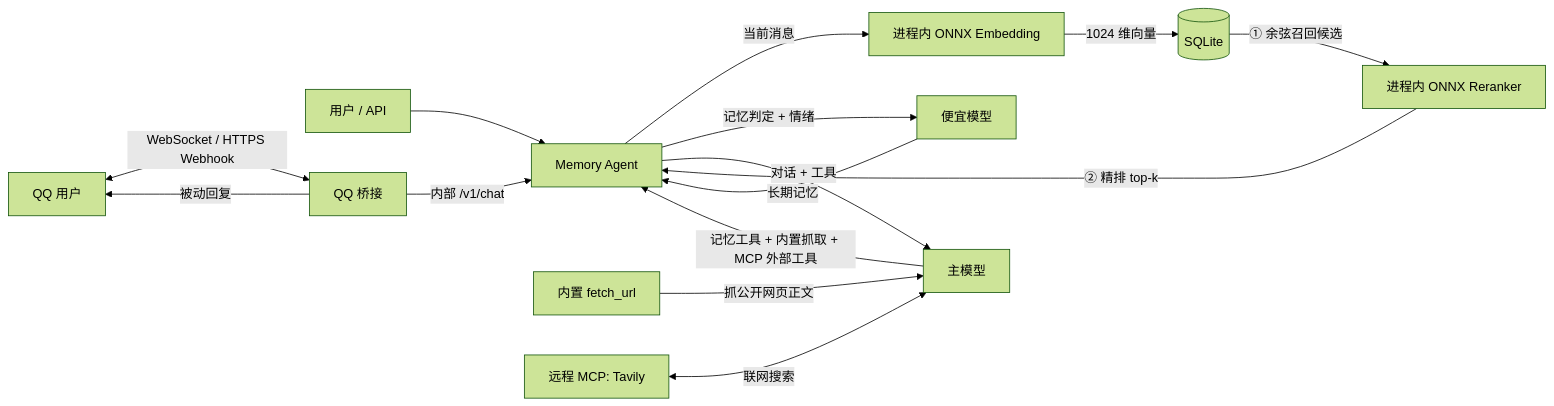
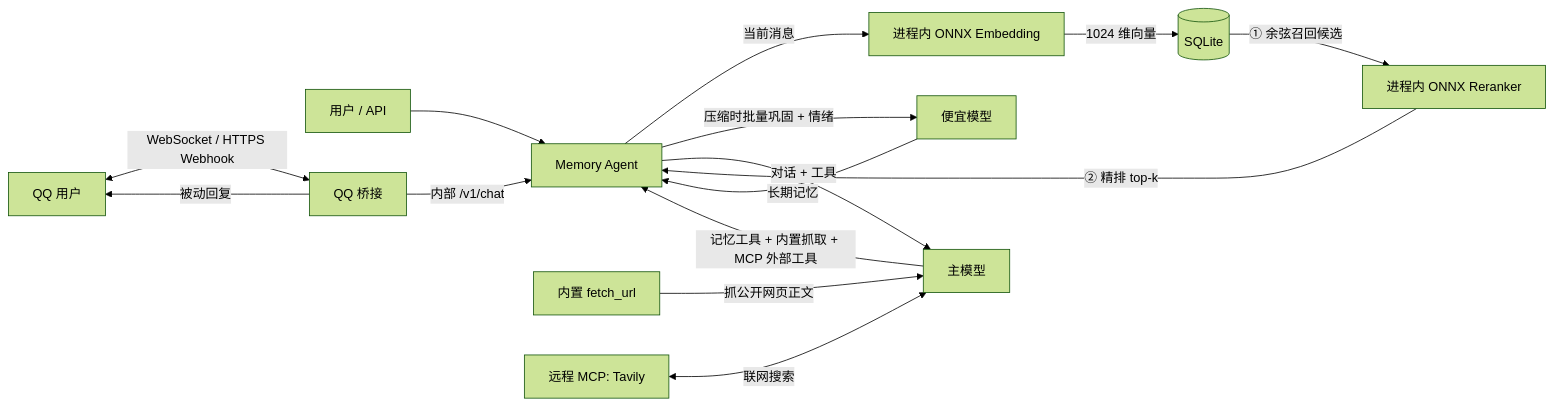
One commit to VesperGlow/QQ-agent changed the diagram in README.md. Above: the diagram before and after it, drawn with Mermaid (forest theme). The commit also changed other lines of this file and 5 other files, not shown here.

````diff
--- a/README.md
+++ b/README.md
@@ -7,17 +7,17 @@
 ```mermaid
 flowchart LR
     U[用户 / API] --> A[Memory Agent]
     A -->|当前消息| E[进程内 ONNX Embedding]
     E -->|1024 维向量| N[(SQLite)]
-    A -->|记忆判定 + 情绪| S[便宜模型]
+    A -->|压缩时批量巩固 + 情绪| S[便宜模型]
     A -->|对话 + 工具| L[主模型]
     S -->|长期记忆| A
     L -->|记忆工具 + 内置抓取 + MCP 外部工具| A
     F["内置 fetch_url"] -->|抓公开网页正文| L
     M["远程 MCP: Tavily"] <-->|联网搜索| L
     N -->|① 余弦召回候选| R[进程内 ONNX Reranker]
     R -->|② 精排 top-k| A
     Q[QQ 用户] <-->|WebSocket / HTTPS Webhook| B[QQ 桥接]
     B -->|内部 /v1/chat| A
     B -->|被动回复| Q
 ```
````
